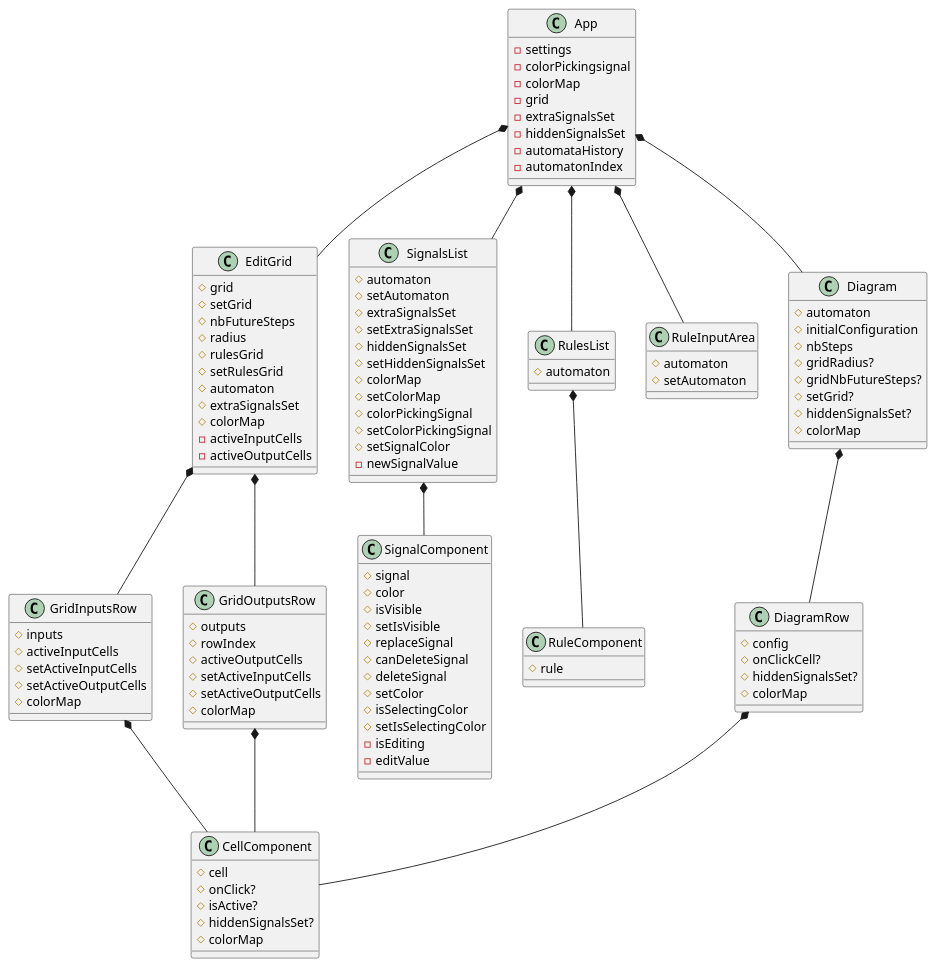
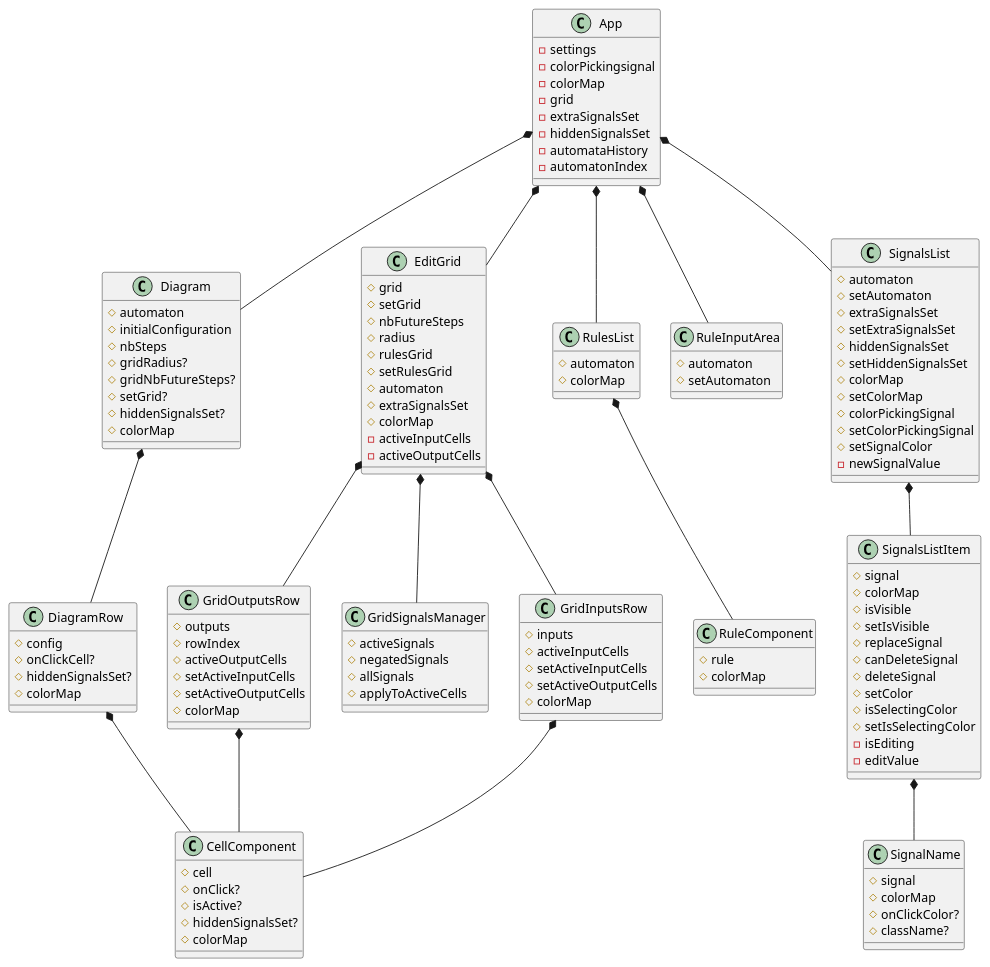
Before and after one commit to vpoupet/automata: the diagram in diagram.puml, drawn with PlantUML.

Commit message:
feat: updated diagram

```diff
--- a/diagram.puml
+++ b/diagram.puml
@@ -1,134 +1,153 @@
 @startuml React Components
 class App {
     - settings
     - colorPickingsignal
     - colorMap
     - grid
     - extraSignalsSet
     - hiddenSignalsSet
     - automataHistory
     - automatonIndex
 }
 
 App *-- EditGrid
 App *-- SignalsList
 App *-- RulesList
 App *-- RuleInputArea
 App *-- Diagram
 
 class EditGrid {
     # grid
     # setGrid
     # nbFutureSteps
     # radius
     # rulesGrid
     # setRulesGrid
     # automaton
     # extraSignalsSet
     # colorMap
     - activeInputCells
     - activeOutputCells
 }
 
 EditGrid *-- GridInputsRow
 EditGrid *-- GridOutputsRow
+EditGrid *-- GridSignalsManager
 
 class GridInputsRow {
     # inputs
     # activeInputCells
     # setActiveInputCells
     # setActiveOutputCells
     # colorMap
 }
 
 GridInputsRow *-- CellComponent
 
 class GridOutputsRow {
     # outputs
     # rowIndex
     # activeOutputCells
     # setActiveInputCells
     # setActiveOutputCells
     # colorMap
 }
 
 GridOutputsRow *-- CellComponent
 
 class CellComponent {
     # cell
     # onClick?
     # isActive?
     # hiddenSignalsSet?
     # colorMap
 }
 
+class GridSignalsManager {
+    # activeSignals
+    # negatedSignals
+    # allSignals
+    # applyToActiveCells
+}
+
 class SignalsList {
     # automaton
     # setAutomaton
     # extraSignalsSet
     # setExtraSignalsSet
     # hiddenSignalsSet
     # setHiddenSignalsSet
     # colorMap
     # setColorMap
     # colorPickingSignal
     # setColorPickingSignal
     # setSignalColor
     - newSignalValue
 }
 
-SignalsList *-- SignalComponent
+SignalsList *-- SignalsListItem
 
-class SignalComponent {
+class SignalsListItem {
     # signal
-    # color
+    # colorMap
     # isVisible
     # setIsVisible
     # replaceSignal
     # canDeleteSignal
     # deleteSignal
     # setColor
     # isSelectingColor
     # setIsSelectingColor
     - isEditing
     - editValue
 }
 
+SignalsListItem *-- SignalName
+
+class SignalName {
+    # signal
+    # colorMap
+    # onClickColor?
+    # className?
+}
+
 class RulesList {
     # automaton
+    # colorMap
 }
 
 RulesList *-- RuleComponent
 
 class RuleComponent {
     # rule
+    # colorMap
 }
 
 class RuleInputArea {
     # automaton
     # setAutomaton
 }
 
 class Diagram {
     # automaton
     # initialConfiguration
     # nbSteps
     # gridRadius?
     # gridNbFutureSteps?
     # setGrid?
     # hiddenSignalsSet?
     # colorMap
 }
 
 Diagram *-- DiagramRow
 
 class DiagramRow {
     # config
     # onClickCell?
     # hiddenSignalsSet?
     # colorMap
 }
 
 DiagramRow *-- CellComponent
 
 @enduml
```
